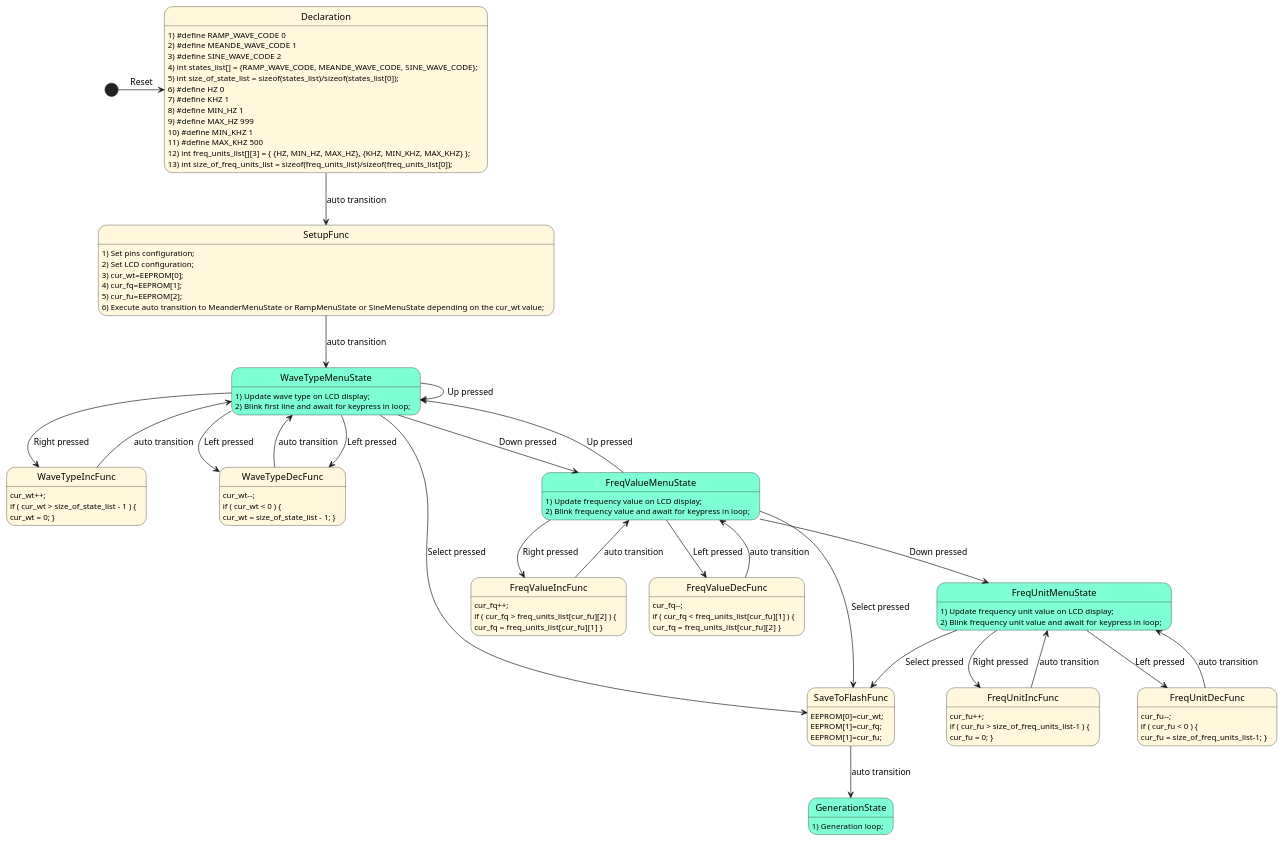
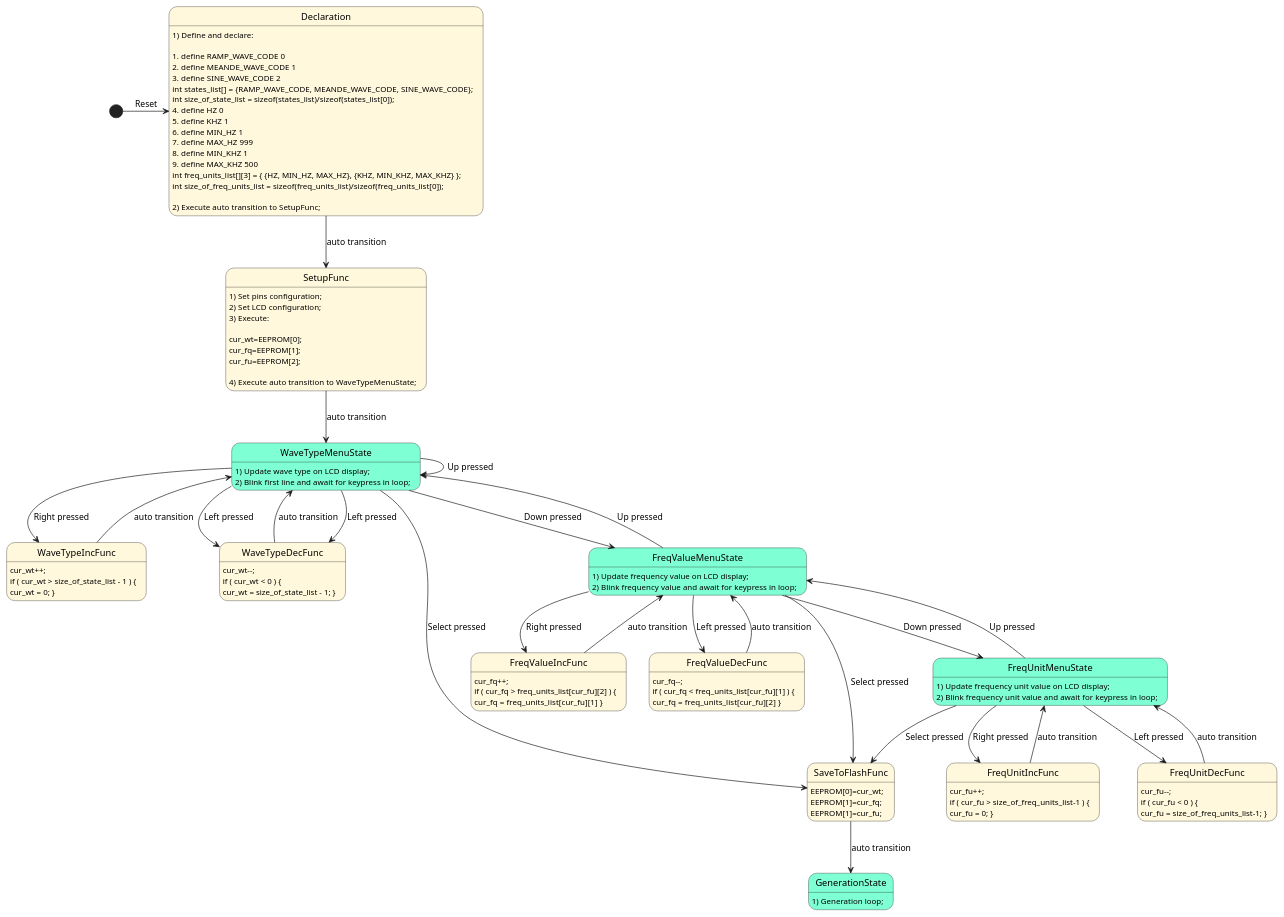
The diagram in ProjectFSM.puml (borshec/SignalGenerator), drawn with PlantUML before and after one commit. The commit also changed 1 other file, not shown here.

```diff
--- a/ProjectFSM.puml
+++ b/ProjectFSM.puml
@@ -1,118 +1,126 @@
 @startuml
 
 ' Установка цветов для состояний. <<Warning>> - псевдосостояние с желтым фоном, 
 skinparam state {
   BackgroundColor  Aquamarine
   BackgroundColor<<Warning>> Cornsilk
 }
 
 ' Объявление псевдосостояний
 state Declaration <<Warning>>
 state SetupFunc <<Warning>>
 state WaveTypeIncFunc <<Warning>>
 state WaveTypeDecFunc <<Warning>>
 state FreqValueIncFunc <<Warning>>
 state FreqValueDecFunc <<Warning>>
 state FreqUnitIncFunc <<Warning>>
 state FreqUnitDecFunc <<Warning>>
 state SaveToFlashFunc <<Warning>>
 
 [*] -right-> Declaration: Reset
 
 ' Описание и переходы от Declaration
-Declaration : 1) #define RAMP_WAVE_CODE 0
-Declaration : 2) #define MEANDE_WAVE_CODE 1
-Declaration : 3) #define SINE_WAVE_CODE 2
-Declaration : 4) int states_list[] = {RAMP_WAVE_CODE, MEANDE_WAVE_CODE, SINE_WAVE_CODE};
-Declaration : 5) int size_of_state_list = sizeof(states_list)/sizeof(states_list[0]);
-Declaration : 6) #define HZ 0
-Declaration : 7) #define KHZ 1
-Declaration : 8) #define MIN_HZ 1
-Declaration : 9) #define MAX_HZ 999
-Declaration : 10) #define MIN_KHZ 1
-Declaration : 11) #define MAX_KHZ 500
-Declaration : 12) int freq_units_list[][3] = { {HZ, MIN_HZ, MAX_HZ}, {KHZ, MIN_KHZ, MAX_KHZ} };
-Declaration : 13) int size_of_freq_units_list = sizeof(freq_units_list)/sizeof(freq_units_list[0]);
+Declaration : 1) Define and declare:
+Declaration : 
+Declaration :  #define RAMP_WAVE_CODE 0
+Declaration : #define MEANDE_WAVE_CODE 1
+Declaration : #define SINE_WAVE_CODE 2
+Declaration : int states_list[] = {RAMP_WAVE_CODE, MEANDE_WAVE_CODE, SINE_WAVE_CODE};
+Declaration : int size_of_state_list = sizeof(states_list)/sizeof(states_list[0]);
+Declaration : #define HZ 0
+Declaration : #define KHZ 1
+Declaration : #define MIN_HZ 1
+Declaration : #define MAX_HZ 999
+Declaration : #define MIN_KHZ 1
+Declaration : #define MAX_KHZ 500
+Declaration : int freq_units_list[][3] = { {HZ, MIN_HZ, MAX_HZ}, {KHZ, MIN_KHZ, MAX_KHZ} };
+Declaration : int size_of_freq_units_list = sizeof(freq_units_list)/sizeof(freq_units_list[0]);
+Declaration : 
+Declaration : 2) Execute auto transition to SetupFunc;
 Declaration --> SetupFunc: auto transition
 
 ' Описание и переходы от SetupFunc
 SetupFunc : 1) Set pins configuration;
 SetupFunc : 2) Set LCD configuration;
-SetupFunc : 3) cur_wt=EEPROM[0];
-SetupFunc : 4) cur_fq=EEPROM[1];
-SetupFunc : 5) cur_fu=EEPROM[2];
-SetupFunc : 6) Execute auto transition to MeanderMenuState or RampMenuState or SineMenuState depending on the cur_wt value;
+SetupFunc : 3) Execute:
+SetupFunc :
+SetupFunc : cur_wt=EEPROM[0];
+SetupFunc : cur_fq=EEPROM[1];
+SetupFunc : cur_fu=EEPROM[2];
+SetupFunc :
+SetupFunc : 4) Execute auto transition to WaveTypeMenuState;
 SetupFunc --> WaveTypeMenuState: auto transition
 
 ' Описание WaveTypeMenuState и переходы от него
 WaveTypeMenuState : 1) Update wave type on LCD display;
 WaveTypeMenuState : 2) Blink first line and await for keypress in loop;
 WaveTypeMenuState --> WaveTypeIncFunc: Right pressed
 WaveTypeMenuState --> WaveTypeDecFunc: Left pressed
 WaveTypeMenuState --> WaveTypeMenuState: Up pressed
 WaveTypeMenuState --> WaveTypeDecFunc: Left pressed
 WaveTypeMenuState --> FreqValueMenuState: Down pressed
 WaveTypeMenuState --> SaveToFlashFunc: Select pressed
 
 ' Описание WaveTypeIncFunc и переходы от него
 WaveTypeIncFunc : cur_wt++;
 WaveTypeIncFunc : if ( cur_wt > size_of_state_list - 1 ) {
 WaveTypeIncFunc : cur_wt = 0; }
 WaveTypeIncFunc --> WaveTypeMenuState: auto transition
 
 ' Описание WaveTypeDecFunc и переходы от него
 WaveTypeDecFunc : cur_wt--;
 WaveTypeDecFunc : if ( cur_wt < 0 ) {
 WaveTypeDecFunc : cur_wt = size_of_state_list - 1; }
 WaveTypeDecFunc --> WaveTypeMenuState: auto transition
 
 ' Описание FreqValueMenuState и переходы от него
 FreqValueMenuState : 1) Update frequency value on LCD display;
 FreqValueMenuState : 2) Blink frequency value and await for keypress in loop;
 FreqValueMenuState --> WaveTypeMenuState: Up pressed
 FreqValueMenuState --> FreqUnitMenuState: Down pressed
 FreqValueMenuState --> FreqValueIncFunc: Right pressed
 FreqValueMenuState --> FreqValueDecFunc: Left pressed
 FreqValueMenuState --> SaveToFlashFunc: Select pressed
 
 ' Описание FreqValueIncFunc и переходы от него
 FreqValueIncFunc : cur_fq++;
 FreqValueIncFunc : if ( cur_fq > freq_units_list[cur_fu][2] ) {
 FreqValueIncFunc : cur_fq = freq_units_list[cur_fu][1]  }
 FreqValueIncFunc --> FreqValueMenuState: auto transition
 
 ' Описание FreqValueDecFunc и переходы от него
 FreqValueDecFunc : cur_fq--;
 FreqValueDecFunc : if ( cur_fq < freq_units_list[cur_fu][1] ) {
 FreqValueDecFunc : cur_fq = freq_units_list[cur_fu][2]  }
 FreqValueDecFunc --> FreqValueMenuState: auto transition
 
 ' Описание FreqUnitMenuState и переходы от него
 FreqUnitMenuState : 1) Update frequency unit value on LCD display;
 FreqUnitMenuState : 2) Blink frequency unit value and await for keypress in loop;
 FreqUnitMenuState --> SaveToFlashFunc: Select pressed
 FreqUnitMenuState --> FreqUnitIncFunc: Right pressed
 FreqUnitMenuState --> FreqUnitDecFunc: Left pressed
+FreqUnitMenuState --> FreqValueMenuState: Up pressed
 
 ' Описание FreqUnitIncFunc и переходы от него
 FreqUnitIncFunc : cur_fu++;
 FreqUnitIncFunc : if ( cur_fu > size_of_freq_units_list-1 ) {
 FreqUnitIncFunc : cur_fu = 0; }
 FreqUnitIncFunc --> FreqUnitMenuState: auto transition
 
 ' Описание FreqUnitDecFunc и переходы от него
 FreqUnitDecFunc : cur_fu--;
 FreqUnitDecFunc : if ( cur_fu < 0 ) {
 FreqUnitDecFunc : cur_fu = size_of_freq_units_list-1; }
 FreqUnitDecFunc --> FreqUnitMenuState: auto transition
 
 ' Описание SaveToFlashFunc и переходы от него
 SaveToFlashFunc : EEPROM[0]=cur_wt;
 SaveToFlashFunc : EEPROM[1]=cur_fq;
 SaveToFlashFunc : EEPROM[1]=cur_fu;
 SaveToFlashFunc --> GenerationState: auto transition
 
 ' Описание GenerationState и переходы от него
 GenerationState : 1) Generation loop;
 
 @enduml
```
